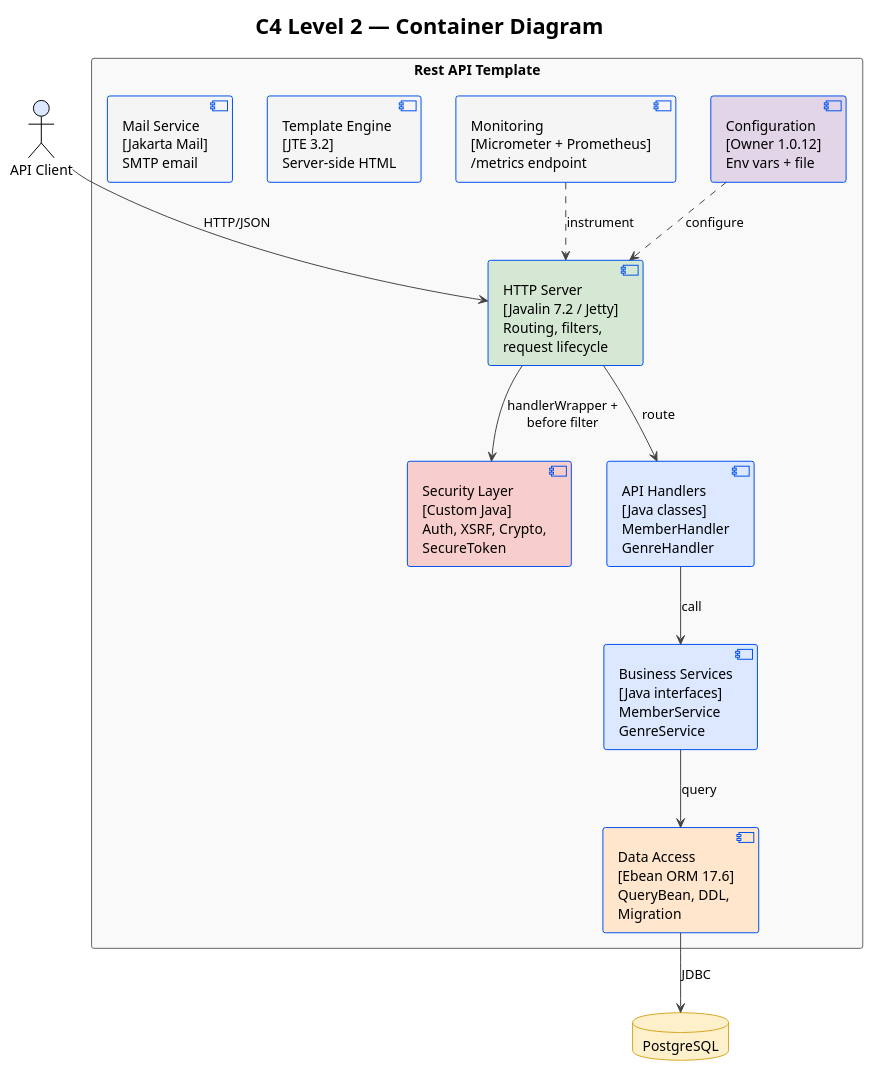
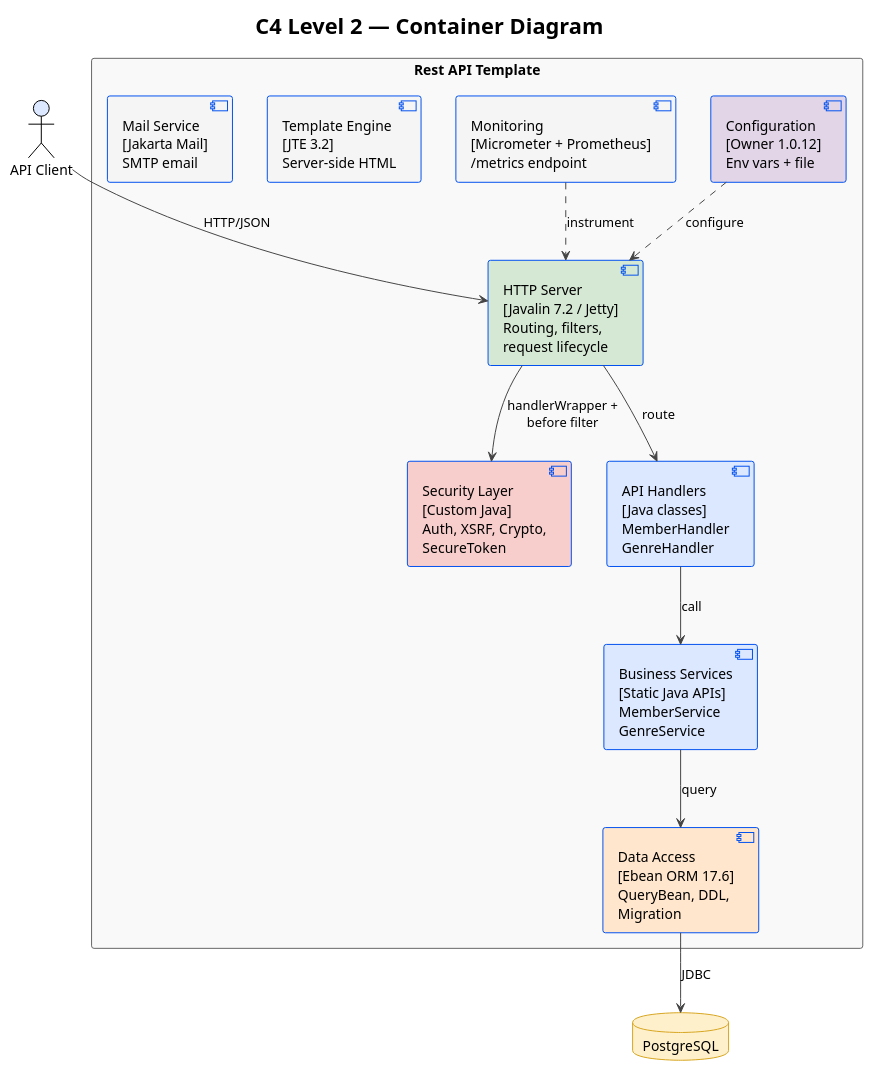
One commit to batzorigt/rest-api-template changed the second of 8 diagrams in docs/architecture.md. Above: the diagram before and after it, drawn with PlantUML. The commit also changed other lines of this file and 73 other files, not shown here.

````diff
--- a/docs/architecture.md
+++ b/docs/architecture.md
@@ -82,56 +79,56 @@
 ```plantuml
 @startuml C4_Container
 !theme plain
 title C4 Level 2 — Container Diagram
 
 skinparam rectangle {
   BorderColor #666666
   BackgroundColor #f9f9f9
 }
 skinparam component {
   BorderColor #0050ef
   BackgroundColor #dce8ff
 }
 skinparam database {
   BorderColor #d6a520
   BackgroundColor #fff0cc
 }
 skinparam ArrowColor #444444
 
 actor "API Client" as client #dce8ff
 
 rectangle "Rest API Template" as boundary {
 
   component "HTTP Server\n[Javalin 7.2 / Jetty]\nRouting, filters,\nrequest lifecycle" as http #d5e8d4
 
   component "Security Layer\n[Custom Java]\nAuth, XSRF, Crypto,\nSecureToken" as security #f8cecc
 
   component "API Handlers\n[Java classes]\nMemberHandler\nGenreHandler" as handlers #dce8ff
 
-  component "Business Services\n[Java interfaces]\nMemberService\nGenreService" as services #dce8ff
+  component "Business Services\n[Static Java APIs]\nMemberService\nGenreService" as services #dce8ff
 
   component "Data Access\n[Ebean ORM 17.6]\nQueryBean, DDL,\nMigration" as orm #ffe6cc
 
   component "Configuration\n[Owner 1.0.12]\nEnv vars + file" as config #e1d5e7
 
   component "Monitoring\n[Micrometer + Prometheus]\n/metrics endpoint" as monitoring #f5f5f5
 
   component "Template Engine\n[JTE 3.2]\nServer-side HTML" as jte #f5f5f5
 
   component "Mail Service\n[Jakarta Mail]\nSMTP email" as mail #f5f5f5
 
 }
 
 database "PostgreSQL" as db #fff0cc
 
 client --> http : "HTTP/JSON"
 http --> security : "handlerWrapper +\nbefore filter"
 http --> handlers : "route"
 handlers --> services : "call"
 services --> orm : "query"
 orm --> db : "JDBC"
 config ..> http : "configure"
 monitoring ..> http : "instrument"
 
 @enduml
 ```
````
